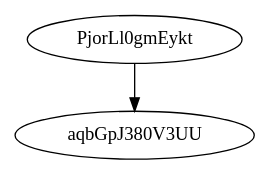
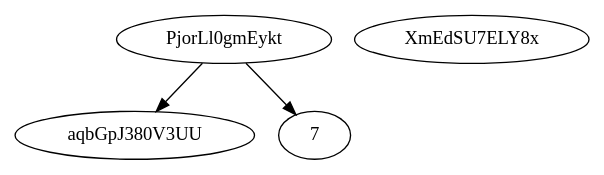
One commit to EmaApps/banyan changed the diagram in content/graph.dot. Above: the diagram before and after it, drawn with Graphviz. The commit also changed 3 other files, not shown here.

```diff
--- a/content/graph.dot
+++ b/content/graph.dot
@@ -1,3 +1,4 @@
 digraph G {
     PjorLl0gmEykt -> aqbGpJ380V3UU;
+    PjorLl0gmEykt -> 7XmEdSU7ELY8x;
 }
```
